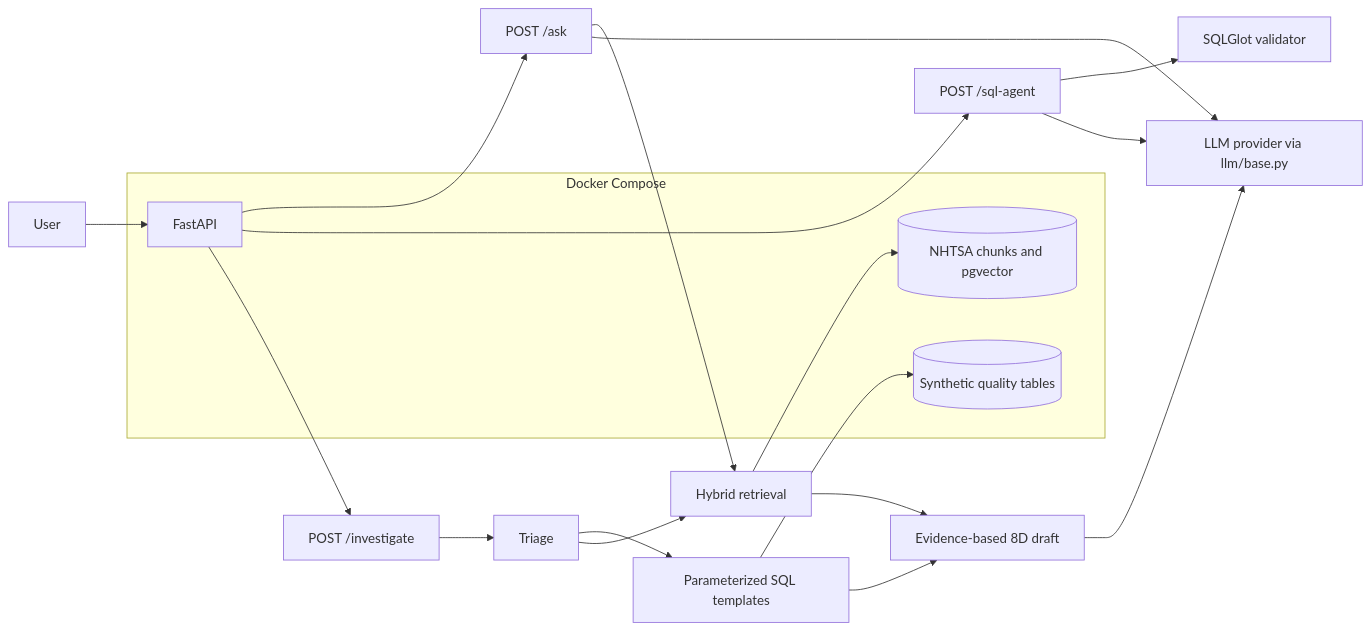
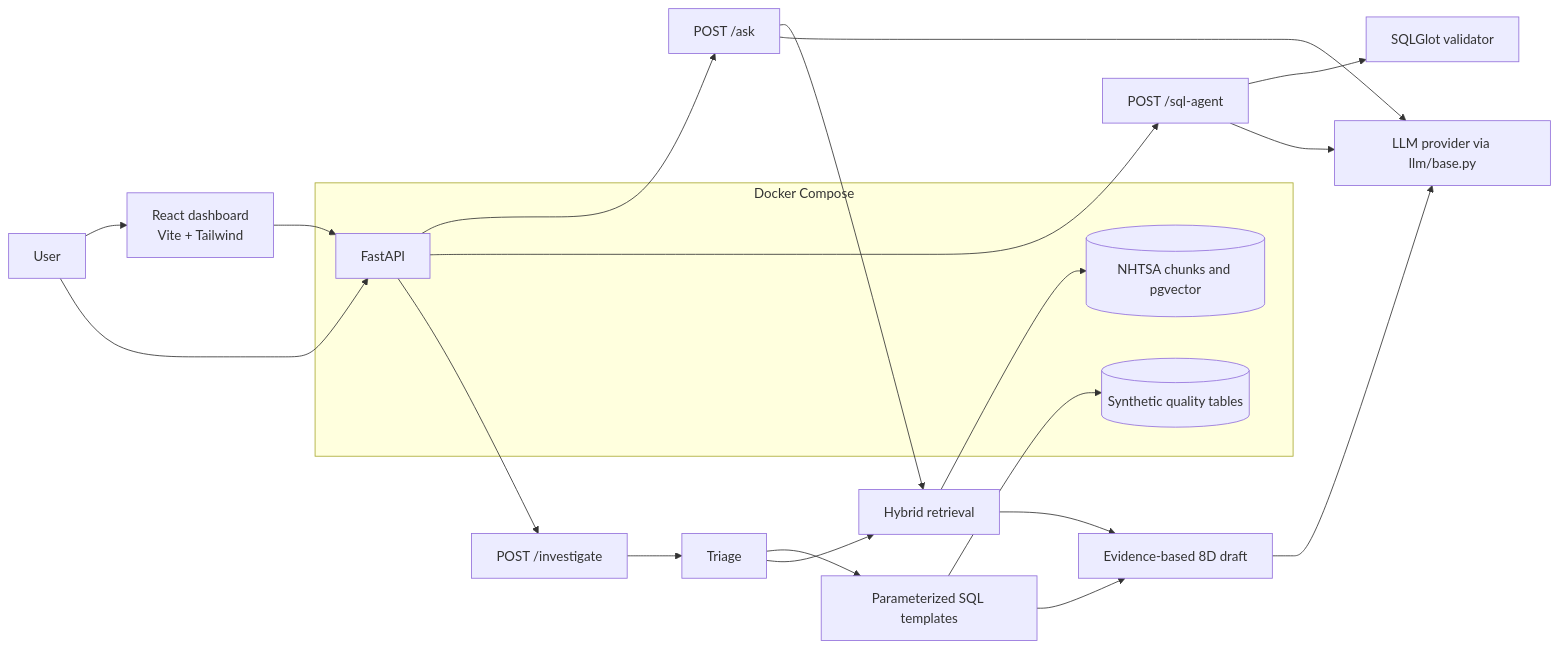
The diagram in README.md (jahn99/rootcause), drawn with Mermaid before and after one commit. The commit also changed other lines of this file and 14 other files, not shown here.

Commit message:
Add RootCause React dashboard

````diff
--- a/README.md
+++ b/README.md
@@ -11,24 +11,26 @@
 ```mermaid
 flowchart LR
-    User --> API[FastAPI]
+    User --> Dashboard[React dashboard<br/>Vite + Tailwind]
+    Dashboard --> API[FastAPI]
+    User --> API
     API --> Ask[POST /ask]
     API --> SQL[POST /sql-agent]
     API --> Investigate[POST /investigate]
     Ask --> Retrieve[Hybrid retrieval]
     Retrieve --> Docs[(NHTSA chunks and pgvector)]
     SQL --> Guard[SQLGlot validator]
     Investigate --> Triage[Triage]
     Triage --> Templates[Parameterized SQL templates]
     Triage --> Retrieve
     Templates --> Quality[(Synthetic quality tables)]
     Retrieve --> Report[Evidence-based 8D draft]
     Templates --> Report
     Report --> LLM[LLM provider via llm/base.py]
     Ask --> LLM
     SQL --> LLM
     subgraph Compose[Docker Compose]
         API
         Docs
         Quality
     end
 ```
````
